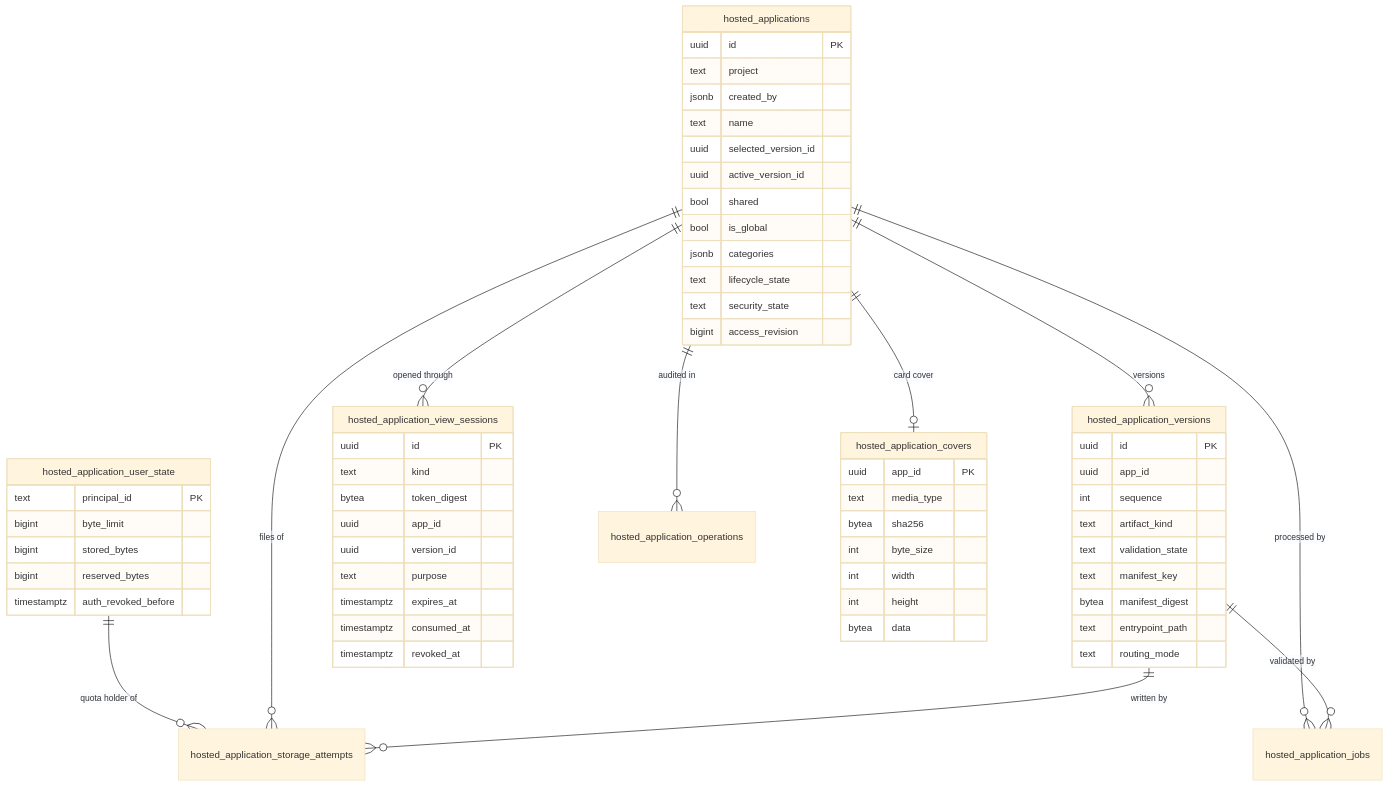
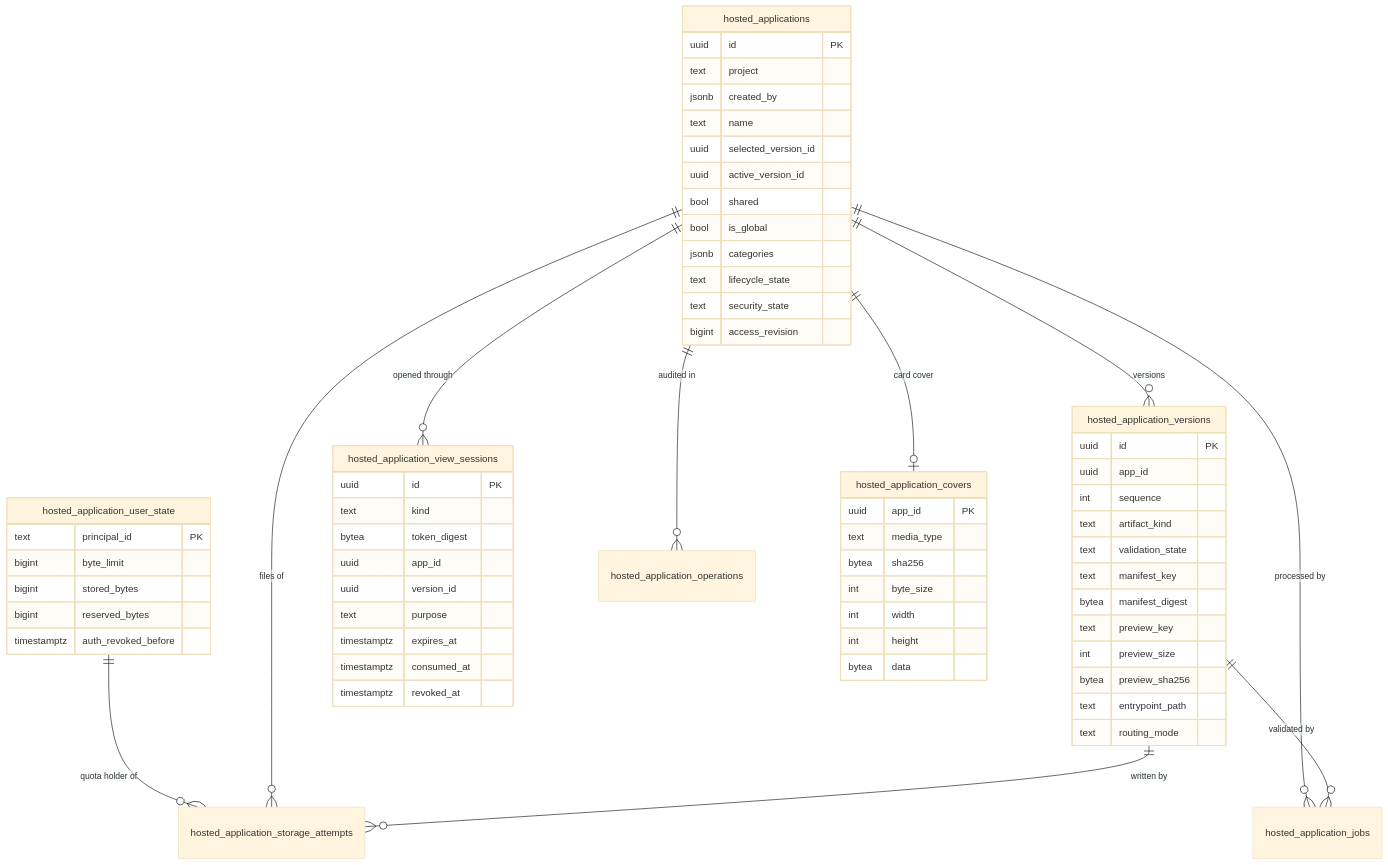
Before and after one commit to codemie-ai/codemie: the third of 10 diagrams in docs/hosted-applications/architecture.md, drawn with Mermaid (base theme). The commit also changed other lines of this file and 57 other files, not shown here.

````diff
--- a/docs/hosted-applications/architecture.md
+++ b/docs/hosted-applications/architecture.md
@@ -120,65 +128,68 @@
 ```mermaid
 erDiagram
     hosted_application_user_state ||--o{ hosted_application_storage_attempts : "quota holder of"
     hosted_applications ||--o{ hosted_application_versions : versions
     hosted_applications ||--o{ hosted_application_storage_attempts : "files of"
     hosted_applications ||--o{ hosted_application_jobs : "processed by"
     hosted_application_versions ||--o{ hosted_application_storage_attempts : "written by"
     hosted_application_versions ||--o{ hosted_application_jobs : "validated by"
     hosted_applications ||--o{ hosted_application_view_sessions : "opened through"
     hosted_applications ||--o{ hosted_application_operations : "audited in"
     hosted_applications ||--o| hosted_application_covers : "card cover"
 
     hosted_application_user_state {
         text principal_id PK
         bigint byte_limit
         bigint stored_bytes
         bigint reserved_bytes
         timestamptz auth_revoked_before
     }
     hosted_applications {
         uuid id PK
         text project
         jsonb created_by
         text name
         uuid selected_version_id
         uuid active_version_id
         bool shared
         bool is_global
         jsonb categories
         text lifecycle_state
         text security_state
         bigint access_revision
     }
     hosted_application_versions {
         uuid id PK
         uuid app_id
         int sequence
         text artifact_kind
         text validation_state
         text manifest_key
         bytea manifest_digest
+        text preview_key
+        int preview_size
+        bytea preview_sha256
         text entrypoint_path
         text routing_mode
     }
     hosted_application_view_sessions {
         uuid id PK
         text kind
         bytea token_digest
         uuid app_id
         uuid version_id
         text purpose
         timestamptz expires_at
         timestamptz consumed_at
         timestamptz revoked_at
     }
     hosted_application_covers {
         uuid app_id PK
         text media_type
         bytea sha256
         int byte_size
         int width
         int height
         bytea data
     }
 ```
````
